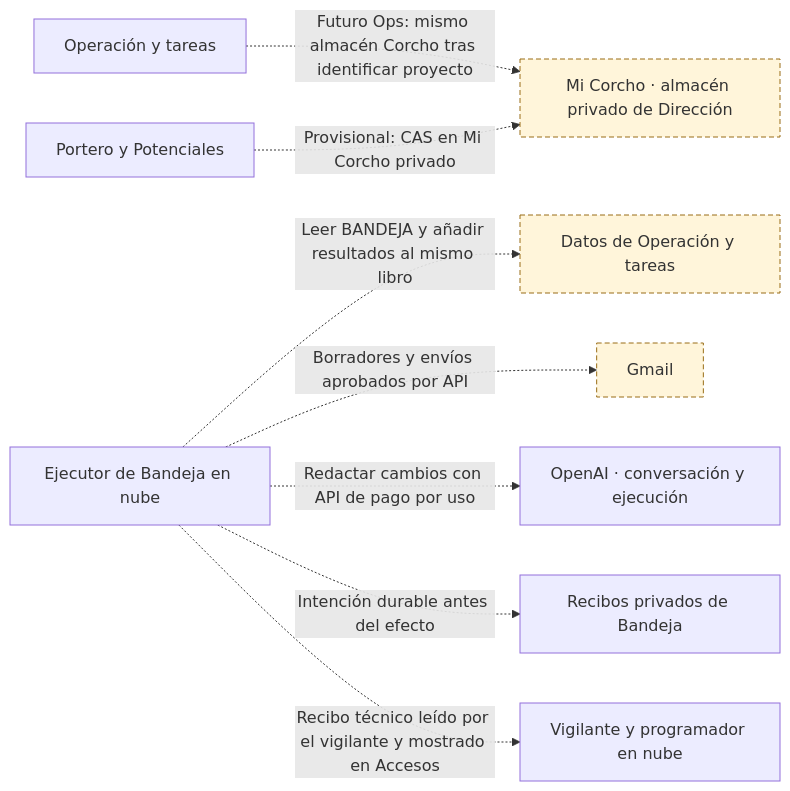
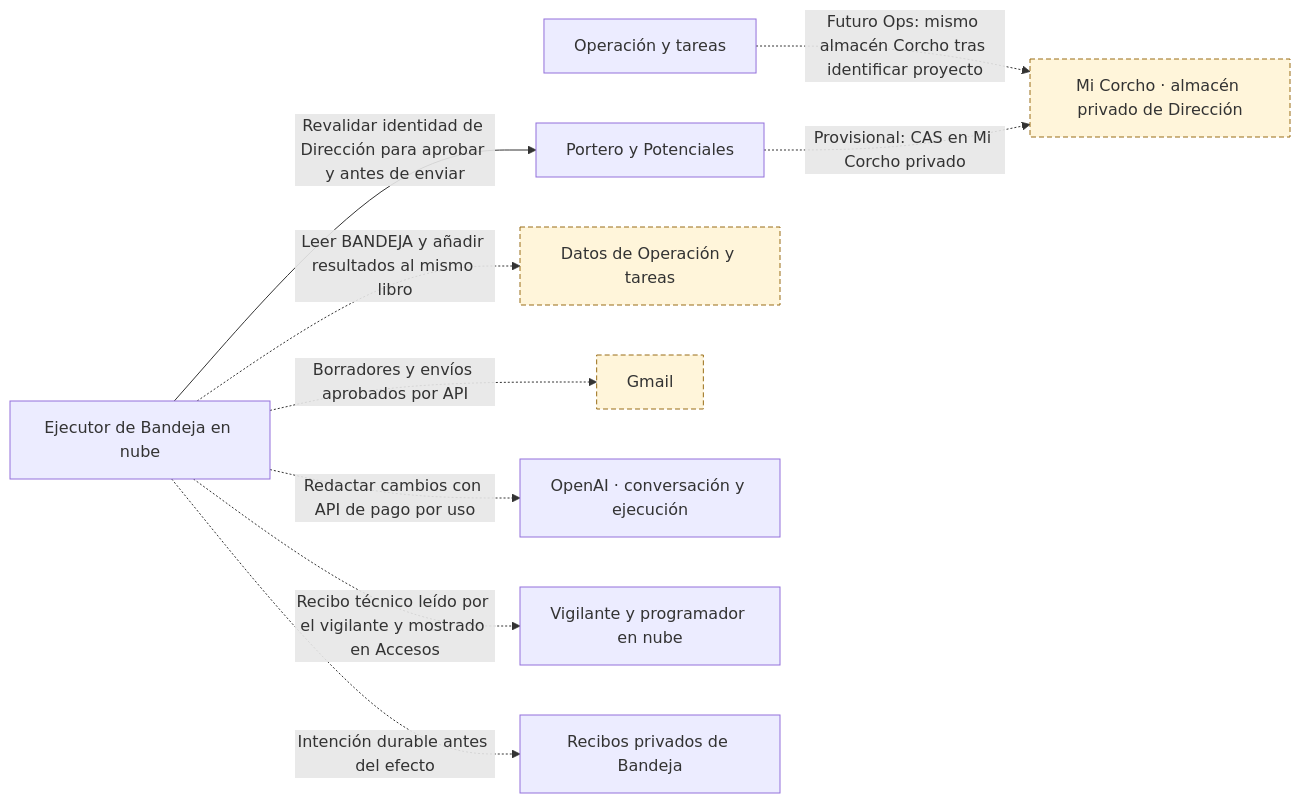
Before and after one commit to yodesarrollomx/yod-portal: diagram 11 of 12 in docs/arquitectura/mapas.md, drawn with Mermaid. The commit also changed other lines of this file and 10 other files, not shown here.

````diff
--- a/docs/arquitectura/mapas.md
+++ b/docs/arquitectura/mapas.md
@@ -509,23 +511,24 @@
 ```mermaid
 flowchart LR
   n_GAS_PORTERO["Portero y Potenciales"]
   n_GAS_OPERACION["Operación y tareas"]
   n_SHEET_OPERACION["Datos de Operación y tareas"]
   n_EXT_GMAIL["Gmail"]
   n_STORE_DESPACHO_CORCHO["Mi Corcho · almacén privado de Dirección"]
   n_EXT_OPENAI["OpenAI · conversación y ejecución"]
   n_SVC_HORARIOS_CLOUD["Vigilante y programador en nube"]
   n_GAS_BANDEJA_NUBE["Ejecutor de Bandeja en nube"]
   n_STORE_BANDEJA_RECIBOS["Recibos privados de Bandeja"]
   n_GAS_OPERACION -.->|Futuro Ops: mismo almacén Corcho tras identificar proyecto| n_STORE_DESPACHO_CORCHO
   n_GAS_PORTERO -.->|Provisional: CAS en Mi Corcho privado| n_STORE_DESPACHO_CORCHO
   n_GAS_BANDEJA_NUBE -.->|Leer BANDEJA y añadir resultados al mismo libro| n_SHEET_OPERACION
   n_GAS_BANDEJA_NUBE -.->|Borradores y envíos aprobados por API| n_EXT_GMAIL
   n_GAS_BANDEJA_NUBE -.->|Redactar cambios con API de pago por uso| n_EXT_OPENAI
   n_GAS_BANDEJA_NUBE -.->|Intención durable antes del efecto| n_STORE_BANDEJA_RECIBOS
   n_GAS_BANDEJA_NUBE -.->|Recibo técnico leído por el vigilante y mostrado en Accesos| n_SVC_HORARIOS_CLOUD
+  n_GAS_BANDEJA_NUBE -->|Revalidar identidad de Dirección para aprobar y antes de enviar| n_GAS_PORTERO
   classDef pendiente fill:#fff5da,stroke:#996d16,stroke-dasharray:5 3;
   class n_SHEET_OPERACION pendiente;
   class n_EXT_GMAIL pendiente;
   class n_STORE_DESPACHO_CORCHO pendiente;
 ```
````
